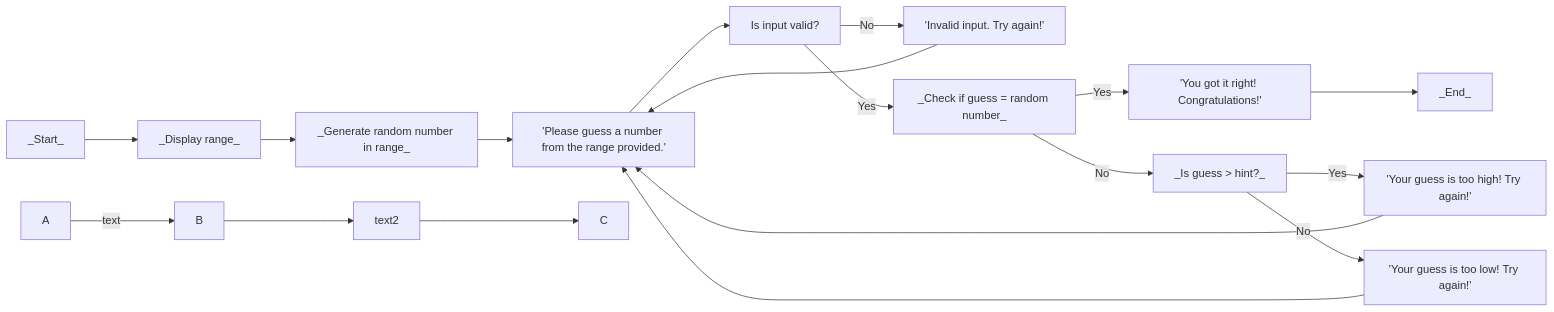
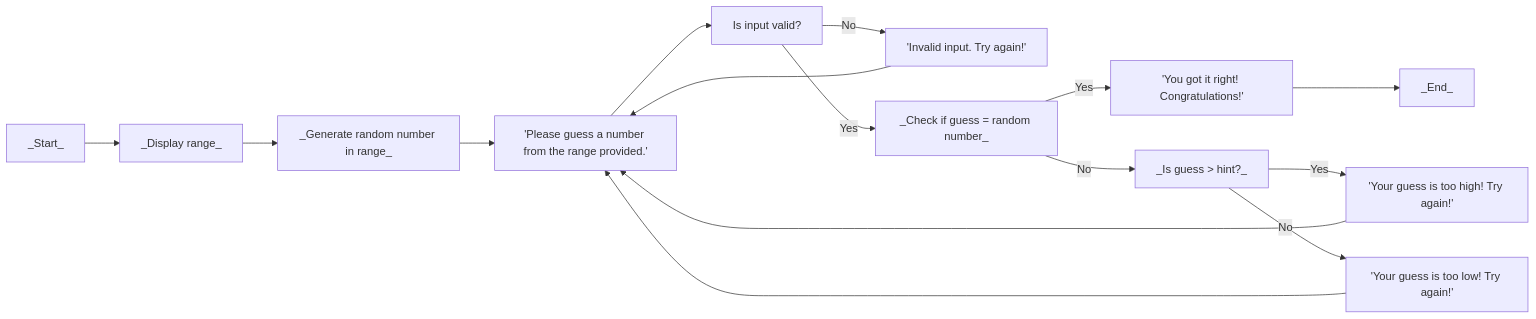
One commit to rfk-waketech/rfk-waketech.github.io changed the diagram in Guessing.md. Above: the diagram before and after it, drawn with Mermaid.

````diff
--- a/Guessing.md
+++ b/Guessing.md
@@ -1,16 +1,15 @@
 ```mermaid
 flowchart LR
 _Start_ --> Range[_Display range_]
 Range --> Rand[_Generate random number in range_]
 Rand --> Input['Please guess a number from the range provided.']
 Input --> Valid[Is input valid?]
 Valid --> |No| Error['Invalid input. Try again!'] --> Input
 Valid --> |Yes| Check[_Check if guess = random number_]
 Check --> |Yes| End['You got it right! Congratulations!'] --> _End_
 Check --> |No| Hint[_Is guess > hint?_]
 Hint --> |Yes| High['Your guess is too high! Try again!'] --> Input
 Hint --> |No| Low['Your guess is too low! Try again!'] --> Input
 
-%% this is a comment A --text --> B{node}
-A -- text --> B --> text2 --> C
+%% Game is launched --> GUI displays the range of numbers
 ```
````
